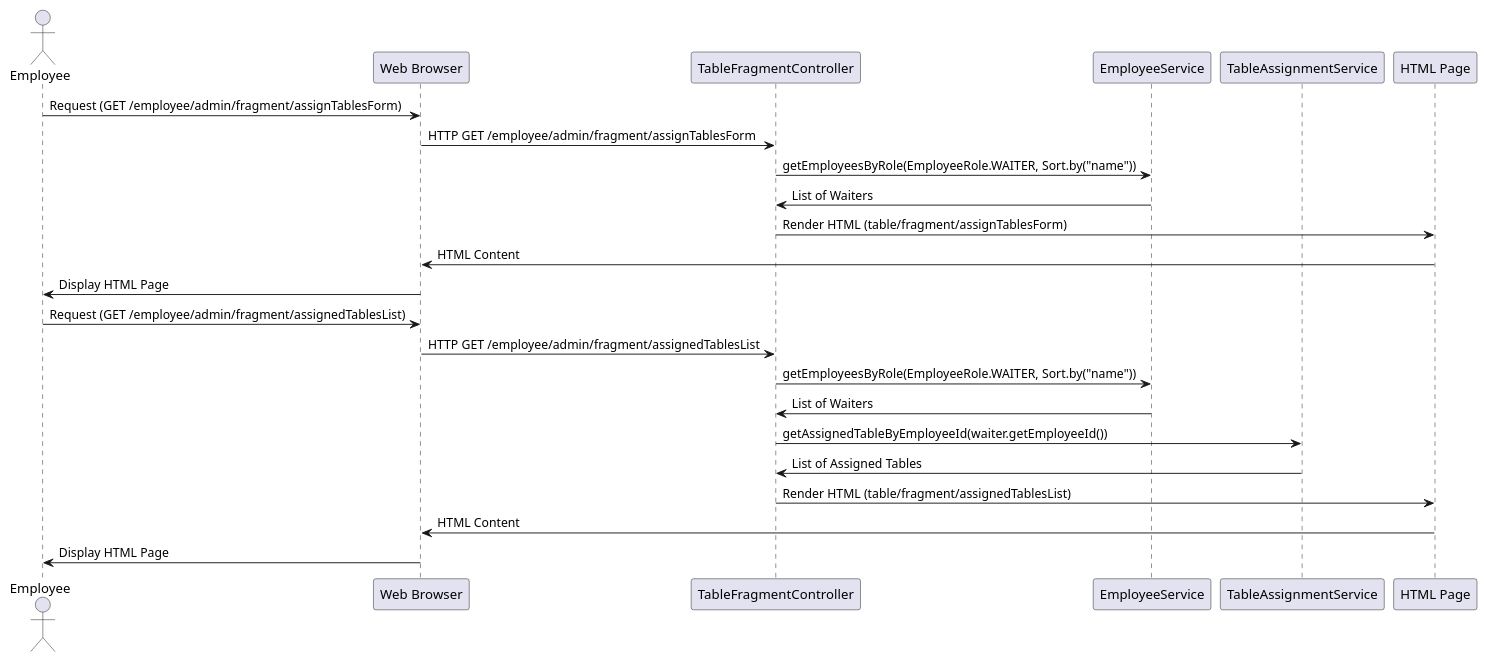
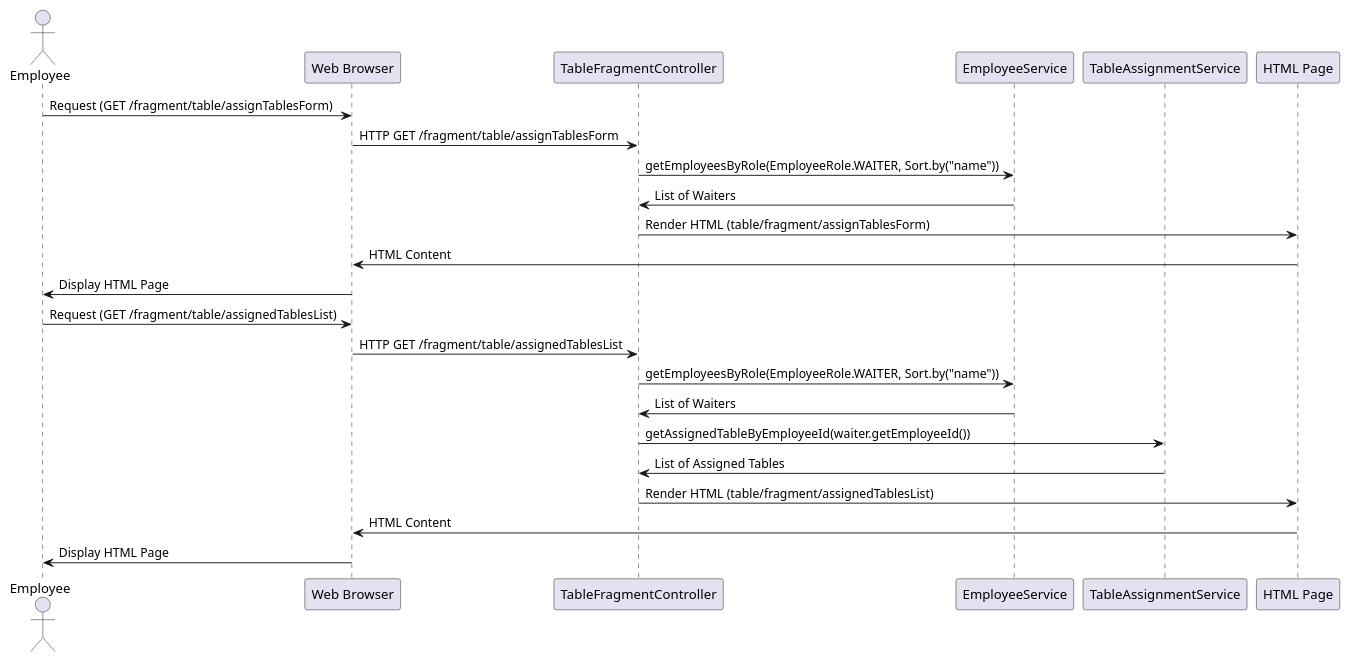
One commit to pheninux2/gestork changed the diagram in uml/table/TableFragmentController.puml. Above: the diagram before and after it, drawn with PlantUML. The commit also changed 74 other files, not shown here.

```diff
--- a/uml/table/TableFragmentController.puml
+++ b/uml/table/TableFragmentController.puml
@@ -1,26 +1,26 @@
 @startuml
 actor Employee
 participant "Web Browser" as Browser
 participant "TableFragmentController" as Controller
 participant "EmployeeService" as EmployeeService
 participant "TableAssignmentService" as TableAssignmentService
 participant "HTML Page" as Page
 
-Employee -> Browser: Request (GET /employee/admin/fragment/assignTablesForm)
-Browser -> Controller: HTTP GET /employee/admin/fragment/assignTablesForm
+Employee -> Browser: Request (GET /fragment/table/assignTablesForm)
+Browser -> Controller: HTTP GET /fragment/table/assignTablesForm
 Controller -> EmployeeService: getEmployeesByRole(EmployeeRole.WAITER, Sort.by("name"))
 EmployeeService -> Controller: List of Waiters
 Controller -> Page: Render HTML (table/fragment/assignTablesForm)
 Page -> Browser: HTML Content
 Browser -> Employee: Display HTML Page
 
-Employee -> Browser: Request (GET /employee/admin/fragment/assignedTablesList)
-Browser -> Controller: HTTP GET /employee/admin/fragment/assignedTablesList
+Employee -> Browser: Request (GET /fragment/table/assignedTablesList)
+Browser -> Controller: HTTP GET /fragment/table/assignedTablesList
 Controller -> EmployeeService: getEmployeesByRole(EmployeeRole.WAITER, Sort.by("name"))
 EmployeeService -> Controller: List of Waiters
 Controller -> TableAssignmentService: getAssignedTableByEmployeeId(waiter.getEmployeeId())
 TableAssignmentService -> Controller: List of Assigned Tables
 Controller -> Page: Render HTML (table/fragment/assignedTablesList)
 Page -> Browser: HTML Content
 Browser -> Employee: Display HTML Page
 @enduml
```
